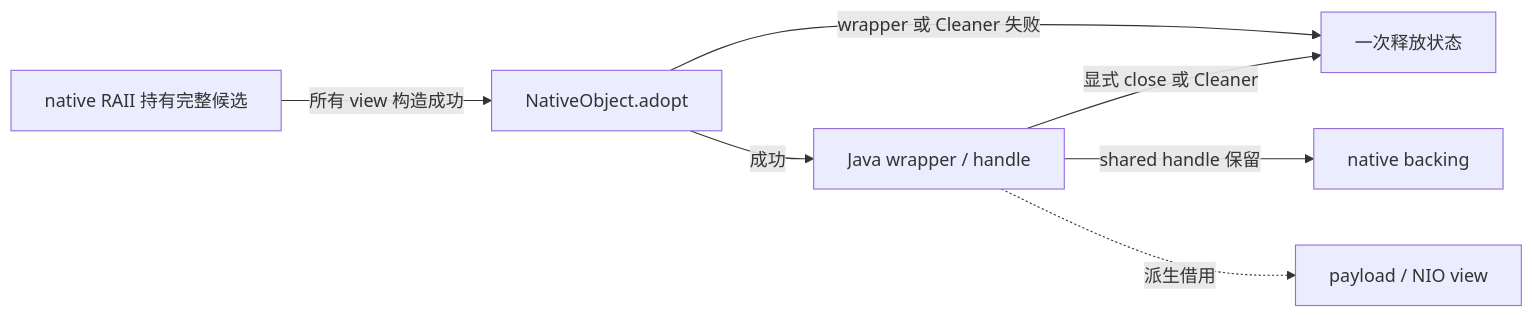
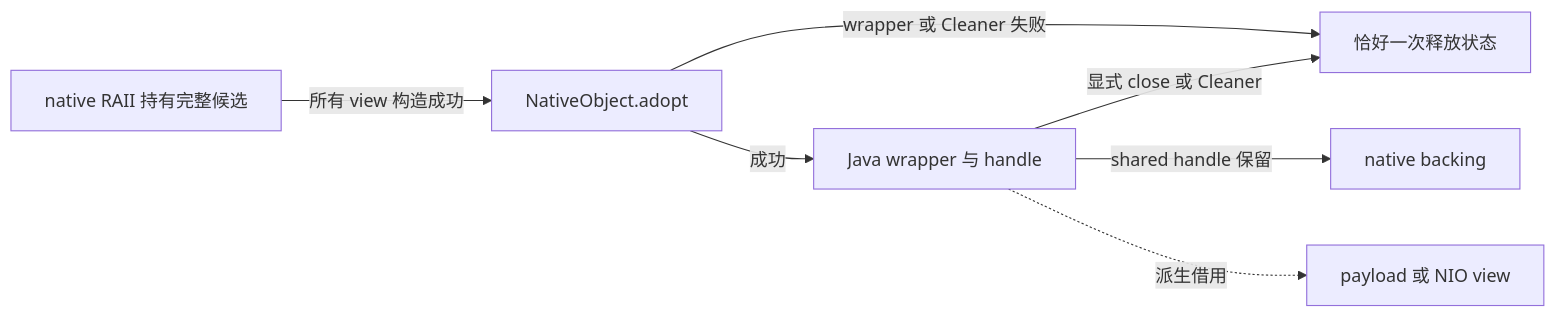
One commit to YesSteveModel/YesSteveModel changed the diagram in docs/architecture/native-runtime/implementation/jni-and-memory.md. Above: the diagram before and after it, drawn with Mermaid. The commit also changed other lines of this file and 1109 other files, not shown here.

````diff
--- a/docs/architecture/native-runtime/implementation/jni-and-memory.md
+++ b/docs/architecture/native-runtime/implementation/jni-and-memory.md
@@ -21,9 +21,9 @@
 ```mermaid
 flowchart LR
     Native["native RAII 持有完整候选"] -->|所有 view 构造成功| Adopt["NativeObject.adopt"]
-    Adopt -->|成功| Wrapper["Java wrapper / handle"]
-    Adopt -->|wrapper 或 Cleaner 失败| Release["一次释放状态"]
+    Adopt -->|成功| Wrapper["Java wrapper 与 handle"]
+    Adopt -->|wrapper 或 Cleaner 失败| Release["恰好一次释放状态"]
     Wrapper -->|显式 close 或 Cleaner| Release
     Wrapper -->|shared handle 保留| Backing["native backing"]
-    Wrapper -. 派生借用 .-> View["payload / NIO view"]
+    Wrapper -. 派生借用 .-> View["payload 或 NIO view"]
 ```
````
